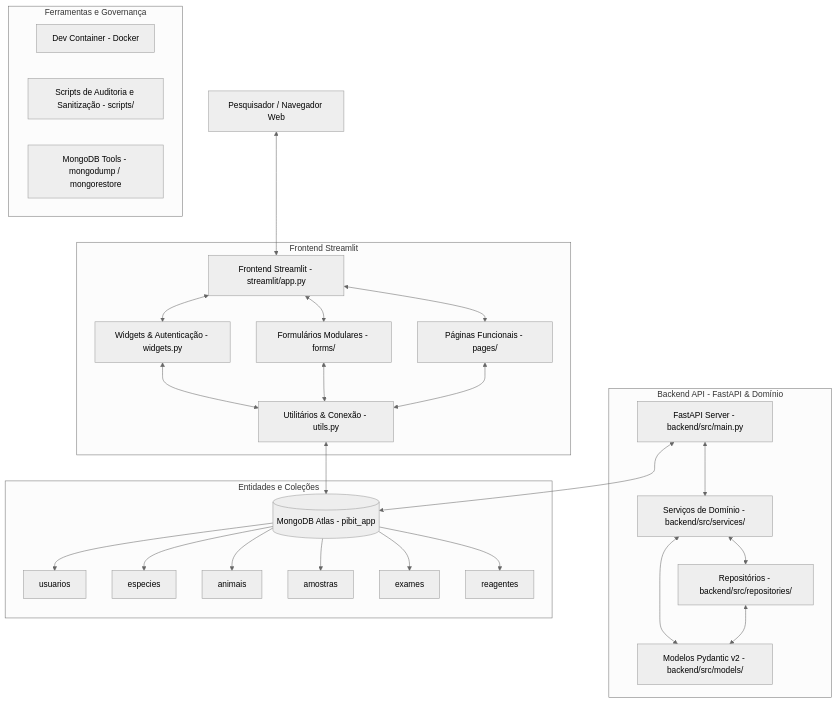
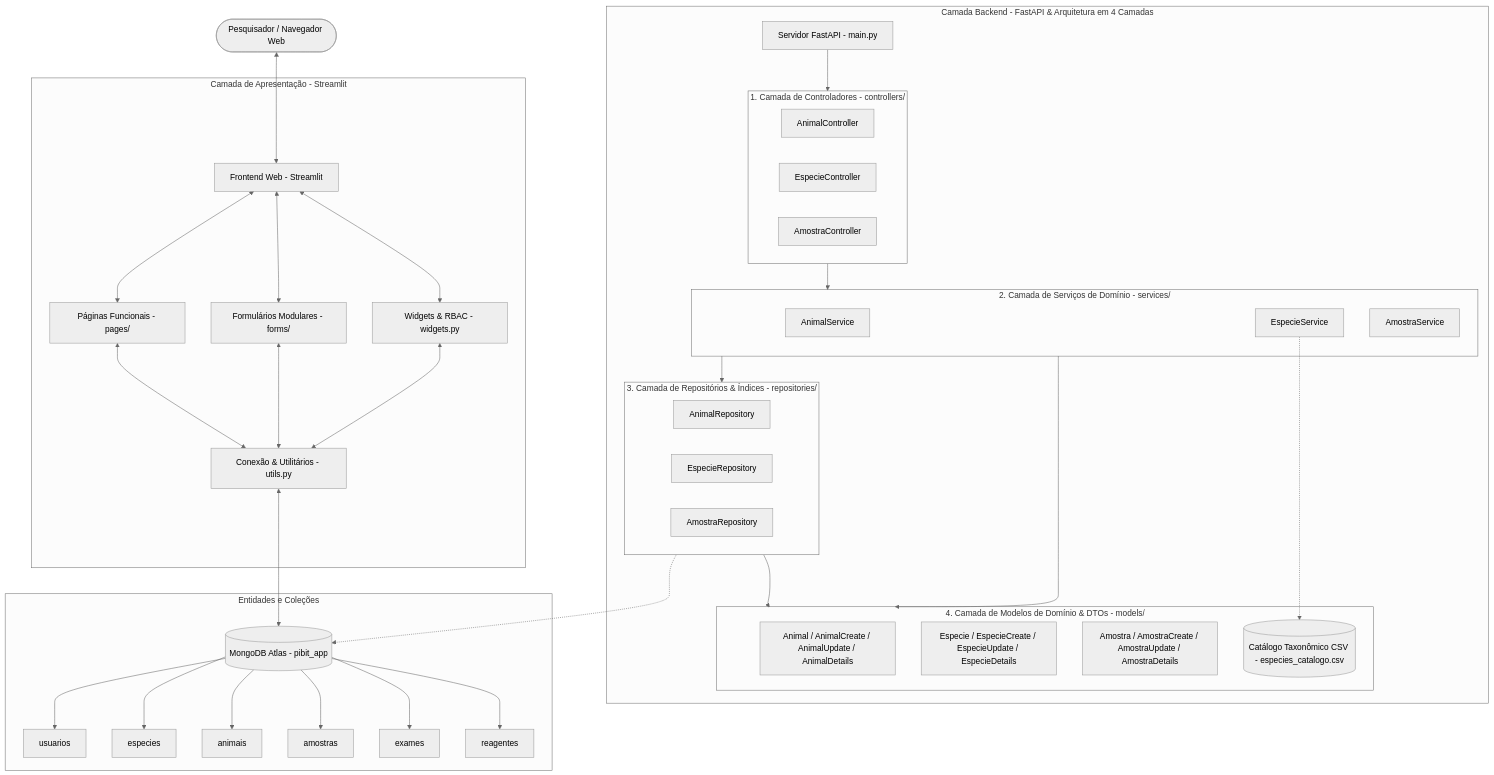
Before and after one commit to imjagitw/labvepi: the diagram in DOCUMENTACAO_PROJETO.md, drawn with Mermaid (neutral theme). The commit also changed other lines of this file and 57 other files, not shown here.

Commit message:
refactor: correção, otimização e atualização do CRUD inicial de animal e especie feat: criação do CRUD inicial de amostra e criação dos arquivos  que vão implementar o CRUD das demais entidades

````diff
--- a/DOCUMENTACAO_PROJETO.md
+++ b/DOCUMENTACAO_PROJETO.md
@@ -37,43 +37,61 @@
 ```mermaid
 graph TD
-    User[Pesquisador / Navegador Web] <--> Frontend[Frontend Streamlit - streamlit/app.py]
+    User([Pesquisador / Navegador Web]) <--> Frontend[Frontend Web - Streamlit]
     
-    subgraph Frontend Streamlit
-        Frontend <--> Widgets[Widgets & Autenticação - widgets.py]
+    subgraph Frontend Streamlit [Camada de Apresentação - Streamlit]
+        Frontend <--> Widgets[Widgets & RBAC - widgets.py]
         Frontend <--> Forms[Formulários Modulares - forms/]
         Frontend <--> Pages[Páginas Funcionais - pages/]
-        Widgets <--> UtilsF[Utilitários & Conexão - utils.py]
+        Widgets <--> UtilsF[Conexão & Utilitários - utils.py]
         Forms <--> UtilsF
         Pages <--> UtilsF
     end
 
-    subgraph Backend API - FastAPI & Domínio
-        API[FastAPI Server - backend/src/main.py]
-        Services[Serviços de Domínio - backend/src/services/]
-        Repos[Repositórios - backend/src/repositories/]
-        Models[Modelos Pydantic v2 - backend/src/models/]
+    subgraph Backend API [Camada Backend - FastAPI & Arquitetura em 4 Camadas]
+        API[Servidor FastAPI - main.py]
+        
+        subgraph Controllers [1. Camada de Controladores - controllers/]
+            C_Animal[AnimalController]
+            C_Especie[EspecieController]
+            C_Amostra[AmostraController]
+        end
 
-        API <--> Services
-        Services <--> Repos
-        Services <--> Models
-        Repos <--> Models
+        subgraph Services [2. Camada de Serviços de Domínio - services/]
+            S_Animal[AnimalService]
+            S_Especie[EspecieService]
+            S_Amostra[AmostraService]
+        end
+
+        subgraph Repositories [3. Camada de Repositórios & Índices - repositories/]
+            R_Animal[AnimalRepository]
+            R_Especie[EspecieRepository]
+            R_Amostra[AmostraRepository]
+        end
+
+        subgraph Models [4. Camada de Modelos de Domínio & DTOs - models/]
+            M_Animal[Animal / AnimalCreate / AnimalUpdate / AnimalDetails]
+            M_Especie[Especie / EspecieCreate / EspecieUpdate / EspecieDetails]
+            M_Amostra[Amostra / AmostraCreate / AmostraUpdate / AmostraDetails]
+            CatCSV[(Catálogo Taxonômico CSV - especies_catalogo.csv)]
+        end
+
+        API --> Controllers
+        Controllers --> Services
+        Services --> Repositories
+        Services --> Models
+        Repositories --> Models
+        S_Especie -.-> CatCSV
     end
 
     UtilsF <--> MongoAtlas[(MongoDB Atlas - pibit_app)]
-    API <--> MongoAtlas
+    Repositories -.-> MongoAtlas
 
     subgraph Entidades e Coleções
         MongoAtlas --> ColUsers[usuarios]
         MongoAtlas --> ColEspecies[especies]
         MongoAtlas --> ColAnimais[animais]
         MongoAtlas --> ColAmostras[amostras]
         MongoAtlas --> ColExames[exames]
         MongoAtlas --> ColReagentes[reagentes]
     end
-
-    subgraph Ferramentas e Governança
-        DevCont[Dev Container - Docker]
-        Audit[Scripts de Auditoria e Sanitização - scripts/]
-        MongoTools[MongoDB Tools - mongodump / mongorestore]
-    end
 ```
````
